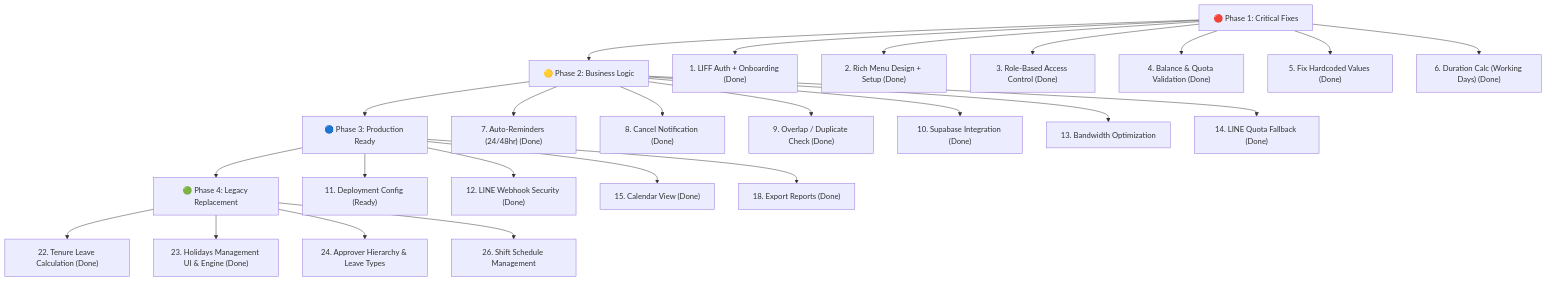
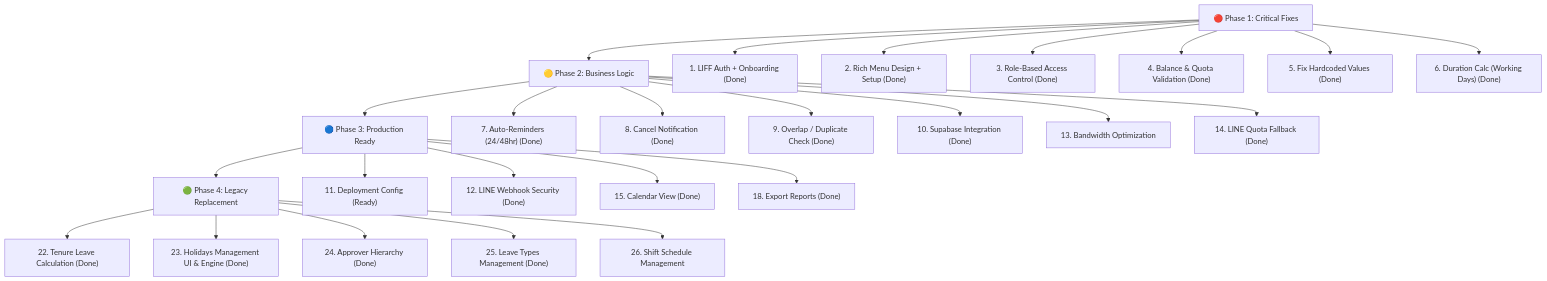
Before and after one commit to trpxmac/doctor-leave-line: the diagram in project_analysis.md, drawn with Mermaid. The commit also changed other lines of this file and 6 other files, not shown here.

Commit message:
feat: implement Master Data portal for Approver Hierarchy and Leave Types management

````diff
--- a/project_analysis.md
+++ b/project_analysis.md
@@ -195,30 +195,31 @@
 ```mermaid
 graph TD
     A["🔴 Phase 1: Critical Fixes"] --> B["🟡 Phase 2: Business Logic"]
     B --> C["🔵 Phase 3: Production Ready"]
     C --> D["🟢 Phase 4: Legacy Replacement"]
     
     A --> A1["1. LIFF Auth + Onboarding (Done)"]
     A --> A2["2. Rich Menu Design + Setup (Done)"]
     A --> A3["3. Role-Based Access Control (Done)"]
     A --> A4["4. Balance & Quota Validation (Done)"]
     A --> A5["5. Fix Hardcoded Values (Done)"]
     A --> A6["6. Duration Calc (Working Days) (Done)"]
     
     B --> B1["7. Auto-Reminders (24/48hr) (Done)"]
     B --> B2["8. Cancel Notification (Done)"]
     B --> B3["9. Overlap / Duplicate Check (Done)"]
     B --> B4["10. Supabase Integration (Done)"]
     B --> B5["13. Bandwidth Optimization"]
     B --> B6["14. LINE Quota Fallback (Done)"]
     
     C --> C1["11. Deployment Config (Ready)"]
     C --> C2["12. LINE Webhook Security (Done)"]
     C --> C3["15. Calendar View (Done)"]
     C --> C4["18. Export Reports (Done)"]
     
     D --> D1["22. Tenure Leave Calculation (Done)"]
     D --> D2["23. Holidays Management UI & Engine (Done)"]
-    D --> D3["24. Approver Hierarchy & Leave Types"]
-    D --> D4["26. Shift Schedule Management"]
+    D --> D3["24. Approver Hierarchy (Done)"]
+    D --> D4["25. Leave Types Management (Done)"]
+    D --> D5["26. Shift Schedule Management"]
 ```
````
